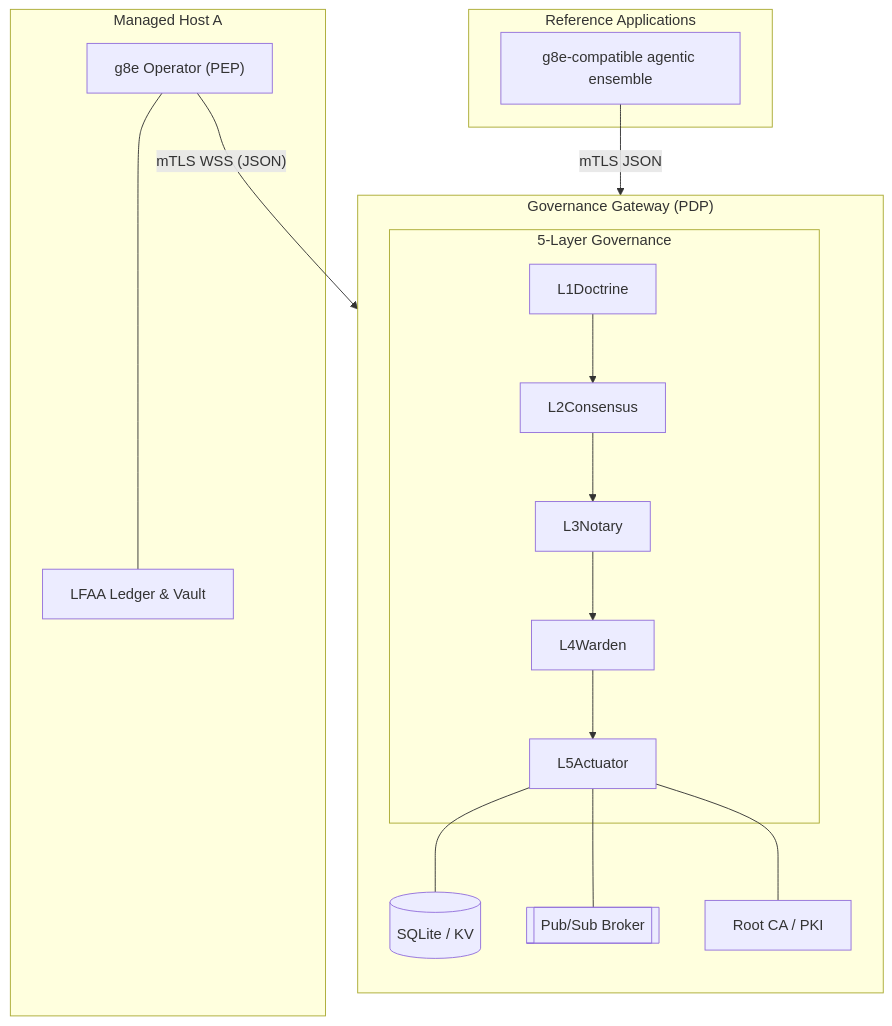
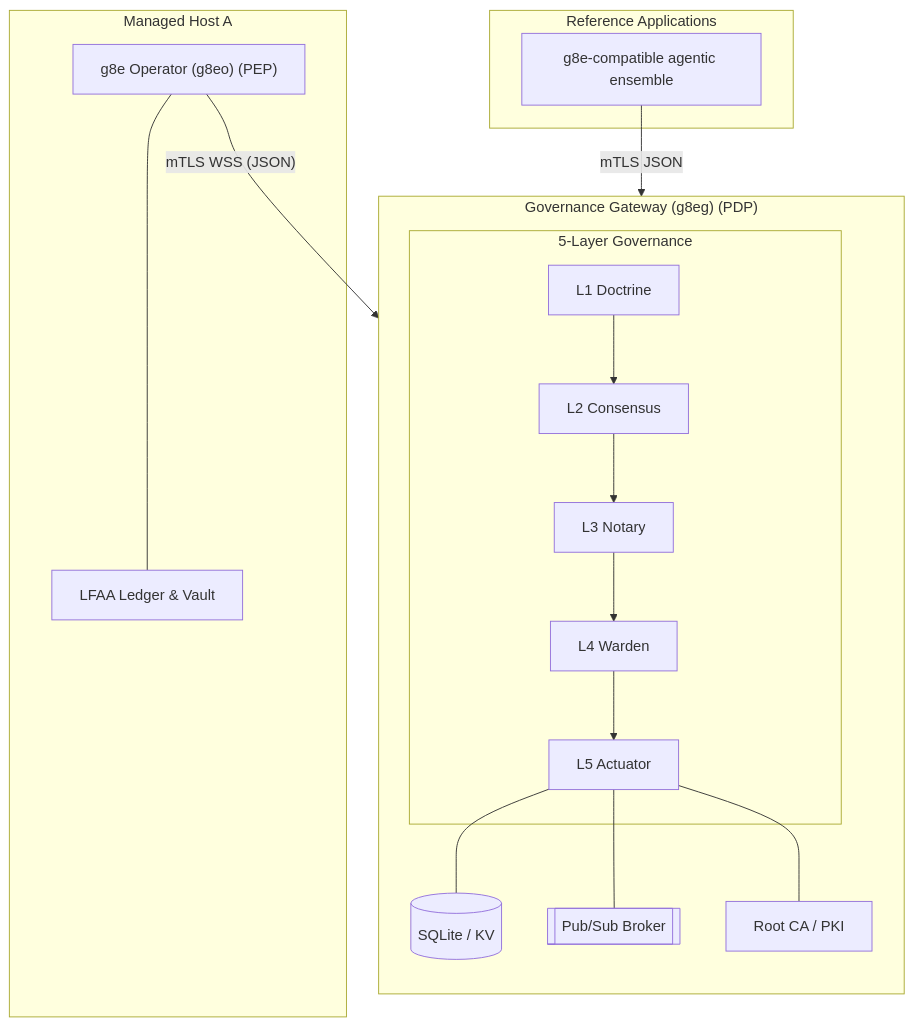
Before and after one commit to g8e-ai/g8e: the diagram in docs/architecture/gateway.md, drawn with Mermaid. The commit also changed other lines of this file and 37 other files, not shown here.

````diff
--- a/docs/architecture/gateway.md
+++ b/docs/architecture/gateway.md
@@ -39,34 +39,34 @@
 ```mermaid
 flowchart TD
-    subgraph Hub ["Governance Gateway (PDP)"]
+    subgraph Hub ["Governance Gateway (g8eg) (PDP)"]
         direction TB
         subgraph Layers ["5-Layer Governance"]
-            L1["L1Doctrine"]
-            L2["L2Consensus"]
-            L3["L3Notary"]
-            L4["L4Warden"]
-            L5["L5Actuator"]
+            L1["L1 Doctrine"]
+            L2["L2 Consensus"]
+            L3["L3 Notary"]
+            L4["L4 Warden"]
+            L5["L5 Actuator"]
             
             L1 --> L2 --> L3 --> L4 --> L5
         end
         db[("SQLite / KV")]
         ps[["Pub/Sub Broker"]]
         ca["Root CA / PKI"]
         
         L5 --- db
         L5 --- ps
         L5 --- ca
     end
 
     subgraph Apps ["Reference Applications"]
         ensemble["g8e-compatible agentic ensemble"]
     end
 
     ensemble -- "mTLS JSON" --> L1
 
     subgraph Host_A ["Managed Host A"]
-        g8eoA["g8e Operator (PEP)"] --- LFAA_A["LFAA Ledger & Vault"]
+        g8eoA["g8e Operator (g8eo) (PEP)"] --- LFAA_A["LFAA Ledger & Vault"]
     end
 
     g8eoA -- "mTLS WSS (JSON)" --> ps
 ```
````
